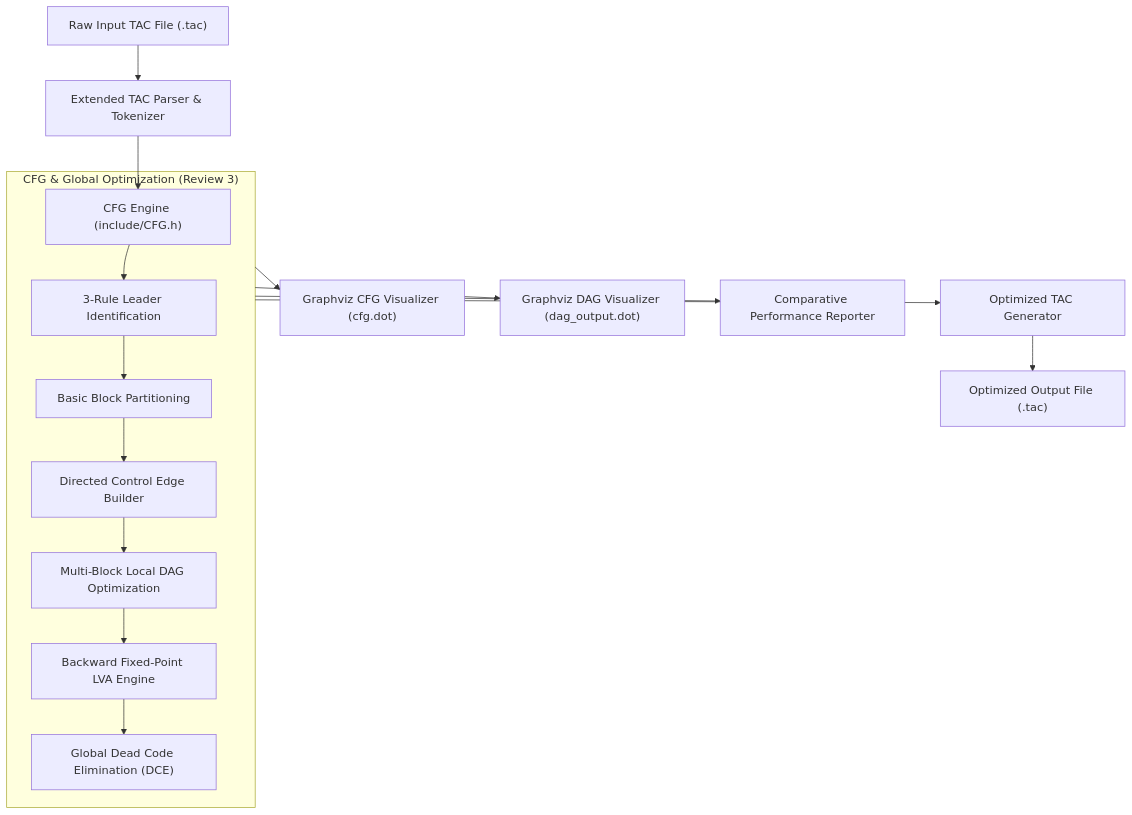
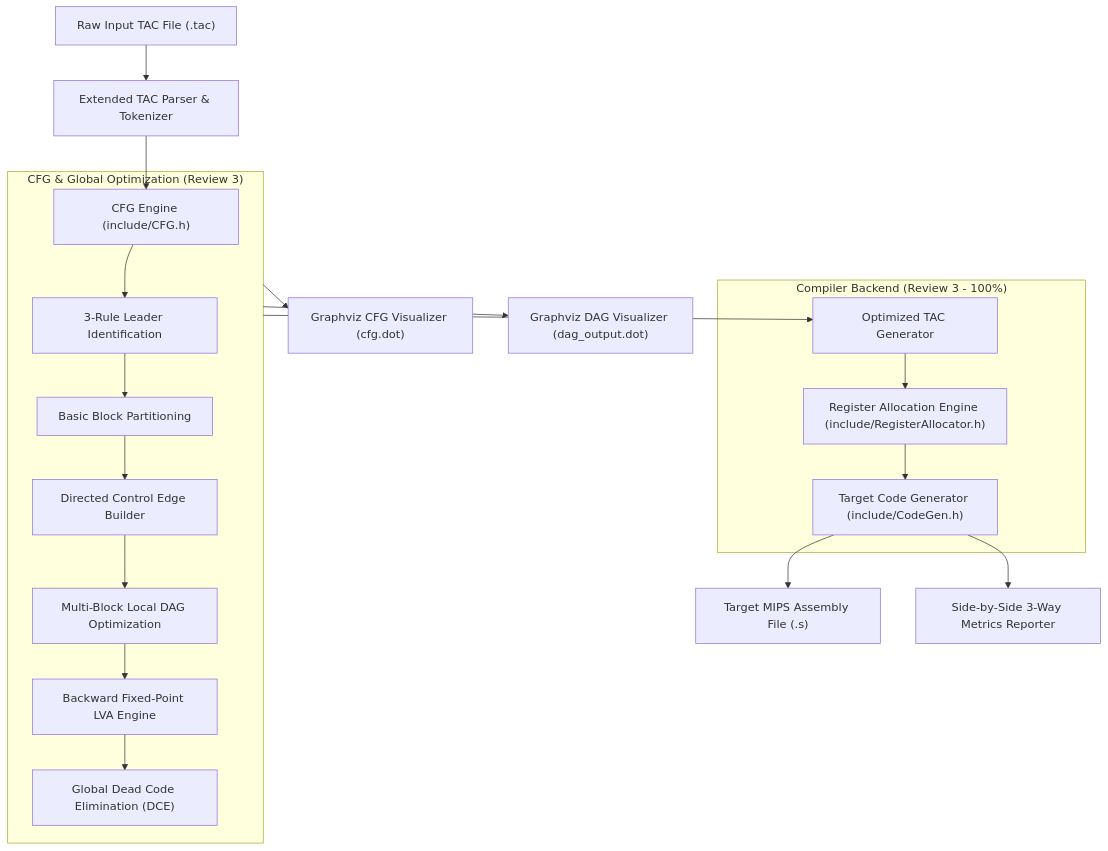
The diagram in README.md (SK4590/DAG-Optimization), drawn with Mermaid before and after one commit. The commit also changed other lines of this file and 16 other files, not shown here.

Commit message:
Implement Compiler Backend: Register Allocation, MIPS Assembly CodeGen, and Multi-Block Benchmarks (Review 3 100%)

````diff
--- a/README.md
+++ b/README.md
@@ -88,18 +106,22 @@
 ```mermaid
 flowchart TD
     A["Raw Input TAC File (.tac)"] --> B["Extended TAC Parser & Tokenizer"]
     B --> C["CFG Engine (include/CFG.h)"]
     subgraph CFG_Engine ["CFG & Global Optimization (Review 3)"]
         C --> D["3-Rule Leader Identification"]
         D --> E["Basic Block Partitioning"]
         E --> F["Directed Control Edge Builder"]
         F --> G["Multi-Block Local DAG Optimization"]
         G --> H["Backward Fixed-Point LVA Engine"]
         H --> I["Global Dead Code Elimination (DCE)"]
     end
     CFG_Engine --> J["Optimized TAC Generator"]
     CFG_Engine --> K["Graphviz CFG Visualizer (cfg.dot)"]
     CFG_Engine --> L["Graphviz DAG Visualizer (dag_output.dot)"]
-    CFG_Engine --> M["Comparative Performance Reporter"]
-    J --> N["Optimized Output File (.tac)"]
+    subgraph Backend ["Compiler Backend (Review 3 - 100%)"]
+        J --> M["Register Allocation Engine (include/RegisterAllocator.h)"]
+        M --> N["Target Code Generator (include/CodeGen.h)"]
+    end
+    N --> O["Target MIPS Assembly File (.s)"]
+    N --> P["Side-by-Side 3-Way Metrics Reporter"]
 ```
````
